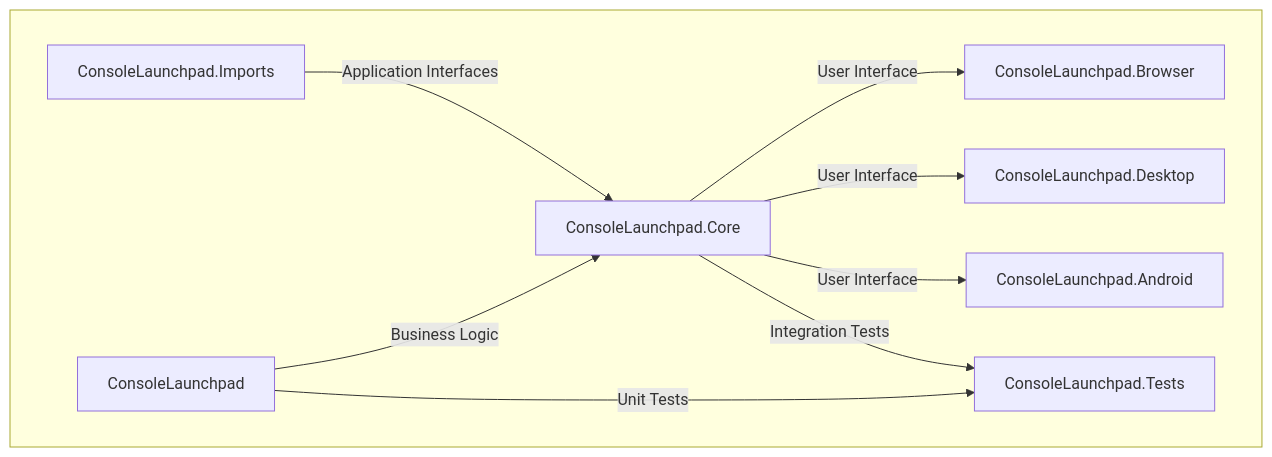
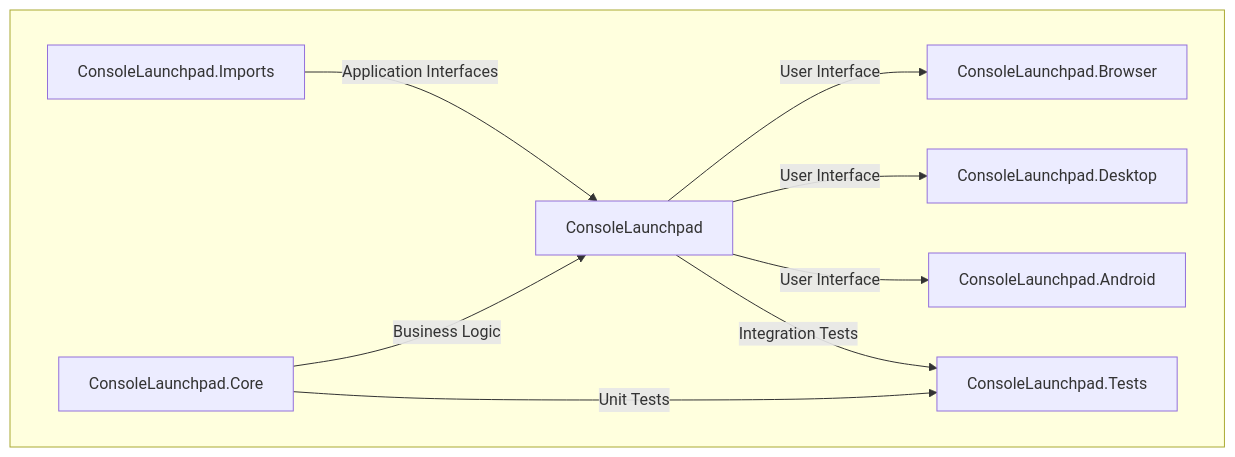
The diagram in README.md (dylanlangston/ConsoleLaunchpad), drawn with Mermaid before and after one commit.

````diff
--- a/README.md
+++ b/README.md
@@ -31,21 +31,21 @@
 ```mermaid
 graph TD
     subgraph " "
         direction LR
         Core["ConsoleLaunchpad.Core"]
         Tests["ConsoleLaunchpad.Tests"]
         Main["ConsoleLaunchpad"]
         Browser["ConsoleLaunchpad.Browser"]
         Desktop["ConsoleLaunchpad.Desktop"]
         Imports["ConsoleLaunchpad.Imports"]
         Android["ConsoleLaunchpad.Android"]
     end
 
-    Main -->|Business Logic| Core
-    Imports -->|Application Interfaces| Core
-    Core -->|User Interface| Browser
-    Core -->|User Interface| Desktop
-    Core -->|User Interface| Android
-    Main -->|Unit Tests| Tests
-    Core -->|Integration Tests| Tests
+    Core -->|Business Logic| Main
+    Imports -->|Application Interfaces| Main
+    Main -->|User Interface| Browser
+    Main -->|User Interface| Desktop
+    Main -->|User Interface| Android
+    Core -->|Unit Tests| Tests
+    Main -->|Integration Tests| Tests
 ```
````
